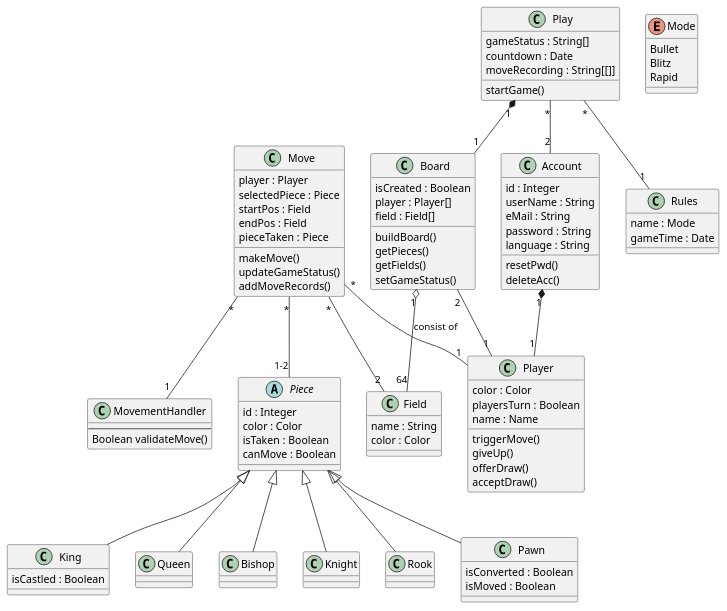
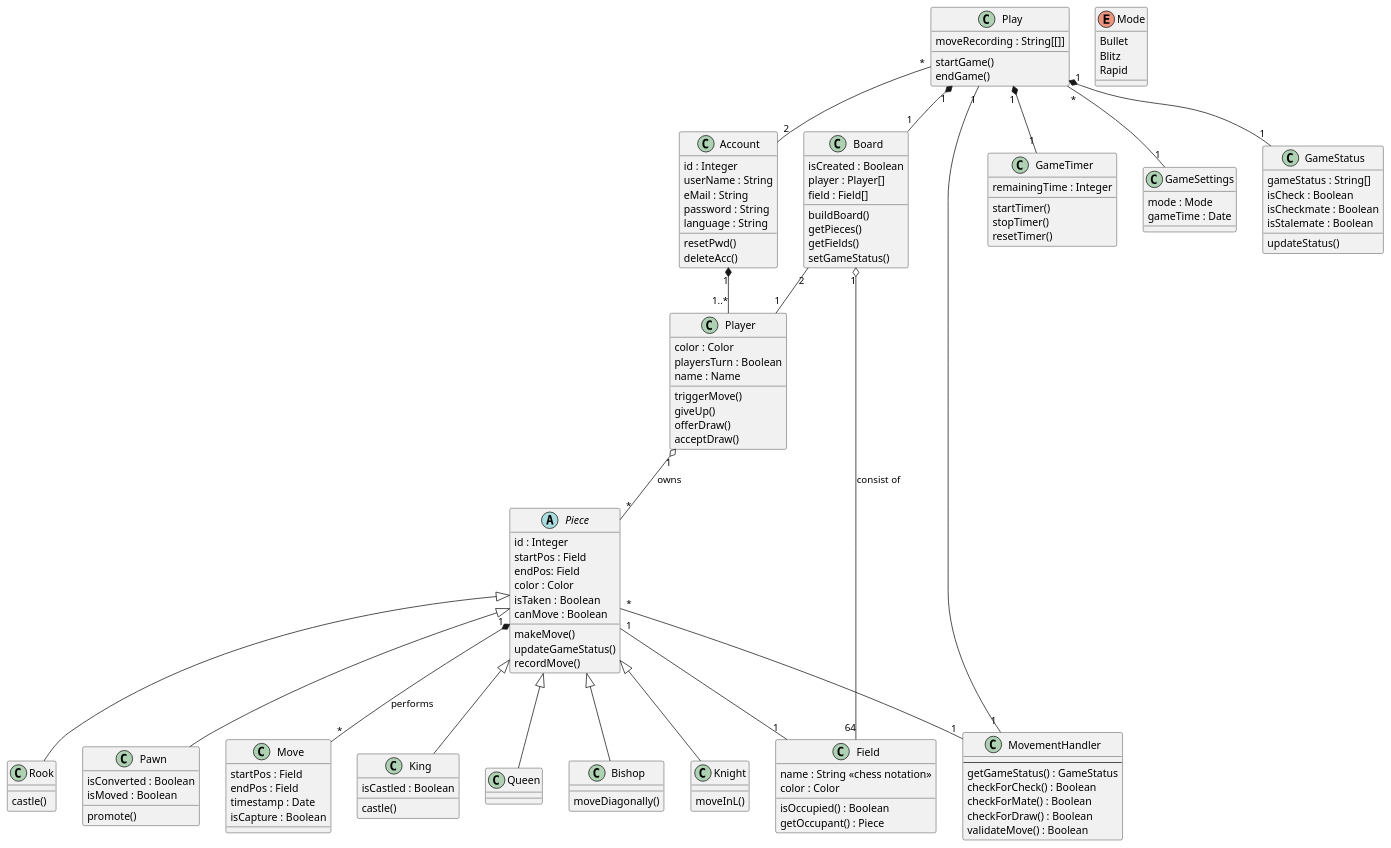
One commit to ruhlando/uni-project-chess changed the diagram in classDiagram.iuml. Above: the diagram before and after it, drawn with PlantUML.

```diff
--- a/classDiagram.iuml
+++ b/classDiagram.iuml
@@ -1,106 +1,144 @@
 @startuml
 
 'Classes
 class Board {
   isCreated : Boolean
   player : Player[]
   field : Field[]
   buildBoard()
   getPieces()
   getFields()
   setGameStatus()
 }
 class Field {
-  name : String
+  name : String <<chess notation>>
   color : Color
+  isOccupied() : Boolean
+  getOccupant() : Piece
 }
 abstract class Piece {
   id : Integer
+  startPos : Field
+  endPos: Field
   color : Color
   isTaken : Boolean
   canMove : Boolean
+  makeMove()
+  updateGameStatus()
+  recordMove()
 }
 class King {
   isCastled : Boolean
+  castle()
 }
 class Queen
-class Bishop
-class Knight
-class Rook
+class Bishop {
+  moveDiagonally()
+}
+class Knight {
+  moveInL()
+}
+class Rook {
+  castle()
+}
 class Pawn {
   isConverted : Boolean
   isMoved : Boolean
+  promote()
 }
 class Play {
-  gameStatus : String[]
-  countdown : Date
   moveRecording : String[[]]
   startGame()
+  endGame()
 }
+
+class GameTimer {
+  remainingTime : Integer
+  startTimer()
+  stopTimer()
+  resetTimer()
+}
+
 class Player {
   color : Color
   playersTurn : Boolean
   name : Name
   triggerMove()
   giveUp()
   offerDraw()
   acceptDraw()
 }
-class Move {
-  player : Player
-  selectedPiece : Piece
-  startPos : Field
-  endPos : Field
-  pieceTaken : Piece
-  makeMove()
-  updateGameStatus()
-  addMoveRecords()
-}
+
 class Account {
   id : Integer
   userName : String
   eMail : String
   password : String
   language : String
   resetPwd()
   deleteAcc()
 }
+
 class MovementHandler {
   --
-  Boolean validateMove()
+  getGameStatus() : GameStatus
+  checkForCheck() : Boolean
+  checkForMate() : Boolean
+  checkForDraw() : Boolean
+  validateMove() : Boolean
 }
-class Rules {
-  name : Mode
+
+class GameSettings {
+  mode : Mode
   gameTime : Date
 }
+
+class Move {
+  startPos : Field
+  endPos : Field
+  timestamp : Date
+  isCapture : Boolean
+}
+
+class GameStatus {
+  gameStatus : String[]
+  isCheck : Boolean
+  isCheckmate : Boolean
+  isStalemate : Boolean
+  updateStatus()
+}
+
 enum Mode {
   Bullet
   Blitz
   Rapid
 }
 
 'Associations
 
 Piece <|-- Knight
 Piece <|-- Queen
 Piece <|-- Rook
 Piece <|-- Bishop
 Piece <|-- King
 Piece <|-- Pawn
 
-Account "1" *-- "1" Player
+Account "1" *-- "1..*" Player
 
 Board "2" -- "1" Player 
 Board "1" o-- "64" Field : consist of
 
-Move "*" -- "2" Field
-Move "*" -- "1" Player
-Move "*" -- "1-2" Piece
-Move "*" -- "1" MovementHandler
+Player "1" o-- "*" Piece : owns
+
+Piece "1" -- "1" Field
+Piece "*" -- "1" MovementHandler
+Piece "1" *-- "*" Move : performs
 
 Play "1" *-- "1" Board
-Play "*" -- "1" Rules
+Play "*" -- "1" GameSettings
 Play "*" -- "2" Account
-
+Play "1" -- "1" MovementHandler
+Play "1" *-- "1" GameStatus
+Play "1" *-- "1" GameTimer
 
 @enduml
```
